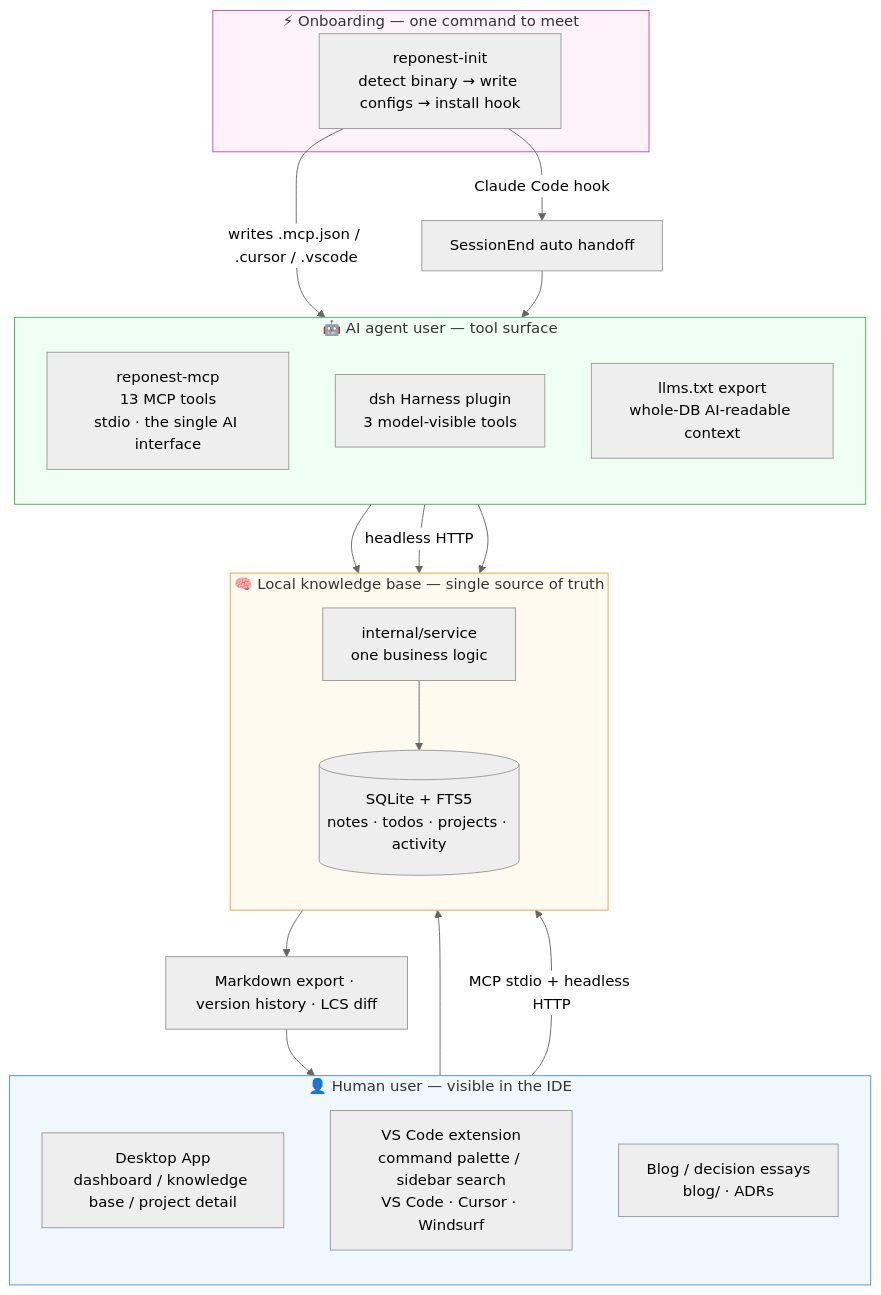
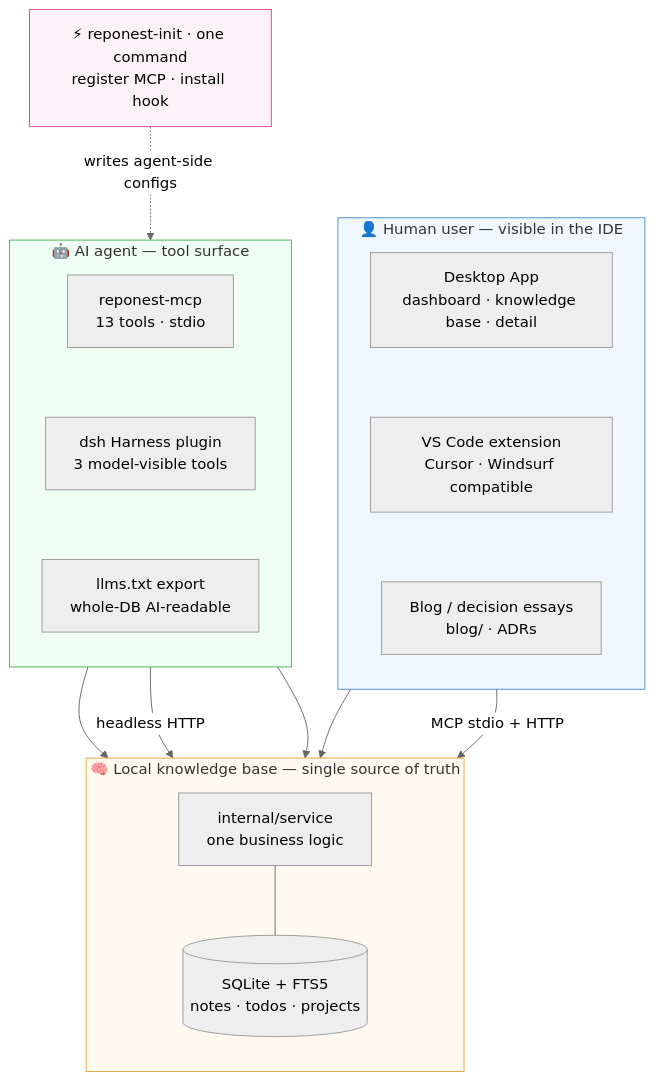
One commit to sky-jiangcheng/RepoNest changed the third of 3 diagrams in docs/en/index.md. Above: the diagram before and after it, drawn with Mermaid (neutral theme). The commit also changed other lines of this file and 2 other files, not shown here.

Commit message:
docs(diagrams): 全景图重构 — 两货架对称分层,告别散乱布局
旧图问题(用户反馈'完全不成熟'):INIT 孤悬右上角、OUT 悬空节点、
HOOK 链把人类用户拽到图外,12 节点 + 8 条长标签边在构建期渲染下
文字溢出('internal/servic e')、布局随机散布。

- 删 HOOK/OUT 中间节点:hook 细节并入 reponest-init 标签,
  '产物回流给人'由正文承载,消掉制造环的回边
- INIT 从角落子图改为独立节点,一条虚线接入 agent 侧
- 货架内用隐形边(~~~)强制竖排,HUMAN/AGENT 两货架对称并排,
  实线全部向内汇入 CORE,整图宽度减半、无需缩放
- build-docs: flowchart wrappingWidth 提到 360,
  mermaid 12 内部换行不再把 internal/service 拆成 servic|e
- 中英读法段落同步改写(接线员'侧面'、虚线仅 INIT 一条)

````diff
--- a/docs/en/index.md
+++ b/docs/en/index.md
@@ -70,44 +70,37 @@
 ```mermaid
 flowchart TB
-    subgraph HUMAN[👤 Human user — visible in the IDE]
+    subgraph HUMAN["👤 Human user — visible in the IDE"]
         direction TB
-        DESKTOP[Desktop App<br/>dashboard / knowledge base / project detail]
-        VSCODE[VS Code extension<br/>command palette / sidebar search<br/>VS Code · Cursor · Windsurf]
-        BLOG[Blog / decision essays<br/>blog/ · ADRs]
+        DESKTOP["Desktop App<br/>dashboard · knowledge base · detail"]
+        VSCODE["VS Code extension<br/>Cursor · Windsurf compatible"]
+        BLOG["Blog / decision essays<br/>blog/ · ADRs"]
+        DESKTOP ~~~ VSCODE ~~~ BLOG
     end
 
-    subgraph AGENT[🤖 AI agent user — tool surface]
+    subgraph AGENT["🤖 AI agent — tool surface"]
         direction TB
-        MCP[reponest-mcp<br/>13 MCP tools<br/>stdio · the single AI interface]
-        DSH[dsh Harness plugin<br/>3 model-visible tools]
-        LLMSTXT[llms.txt export<br/>whole-DB AI-readable context]
+        MCP["reponest-mcp<br/>13 tools · stdio"]
+        DSH["dsh Harness plugin<br/>3 model-visible tools"]
+        LLMSTXT["llms.txt export<br/>whole-DB AI-readable"]
+        MCP ~~~ DSH ~~~ LLMSTXT
     end
 
-    subgraph CORE[🧠 Local knowledge base — single source of truth]
+    subgraph CORE["🧠 Local knowledge base — single source of truth"]
         direction TB
-        SERVICE[internal/service<br/>one business logic]
-        DB[(SQLite + FTS5<br/>notes · todos · projects · activity)]
-        SERVICE --> DB
+        SERVICE["internal/service<br/>one business logic"] --- DB[("SQLite + FTS5<br/>notes · todos · projects")]
     end
 
-    subgraph INIT[⚡ Onboarding — one command to meet]
-        INITCMD[reponest-init<br/>detect binary → write configs → install hook]
-    end
+    DESKTOP --> SERVICE
+    VSCODE -->|"MCP stdio + HTTP"| SERVICE
+    MCP --> SERVICE
+    DSH -->|"headless HTTP"| SERVICE
+    LLMSTXT --> SERVICE
 
-    INITCMD -->|writes .mcp.json / .cursor / .vscode| MCP
-    INITCMD -->|Claude Code hook| HOOK[SessionEnd auto handoff]
-    HOOK --> MCP
-
-    DESKTOP --> SERVICE
-    VSCODE -->|MCP stdio + headless HTTP| SERVICE
-    MCP --> SERVICE
-    DSH -->|headless HTTP| SERVICE
-    LLMSTXT --> SERVICE
-    SERVICE --> OUT[Markdown export · version history · LCS diff]
-    OUT --> HUMAN
+    INIT["⚡ reponest-init · one command<br/>register MCP · install hook"]
+    INIT -.->|"writes agent-side configs"| MCP
 
     style HUMAN fill:#f0f7ff,stroke:#4a90d9
     style AGENT fill:#f0fff4,stroke:#4caf50
     style CORE fill:#fffaf0,stroke:#e6a23c
     style INIT fill:#fdf2f8,stroke:#d946a0
 ```
````
